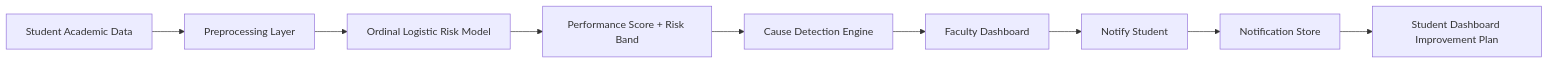
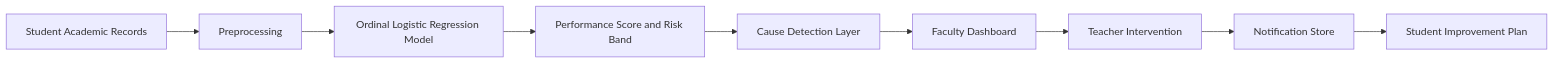
Before and after one commit to SumitBartwal/Shiksha-Mitra: the diagram in README.md, drawn with Mermaid. The commit also changed other lines of this file and 1 other file, not shown here.

````diff
--- a/README.md
+++ b/README.md
@@ -158,11 +142,11 @@
 ```mermaid
 flowchart LR
-    A[Student Academic Data] --> B[Preprocessing Layer]
-    B --> C[Ordinal Logistic Risk Model]
-    C --> D[Performance Score + Risk Band]
-    D --> E[Cause Detection Engine]
+    A[Student Academic Records] --> B[Preprocessing]
+    B --> C[Ordinal Logistic Regression Model]
+    C --> D[Performance Score and Risk Band]
+    D --> E[Cause Detection Layer]
     E --> F[Faculty Dashboard]
-    F --> G[Notify Student]
+    F --> G[Teacher Intervention]
     G --> H[Notification Store]
-    H --> I[Student Dashboard Improvement Plan]
+    H --> I[Student Improvement Plan]
 ```
````
